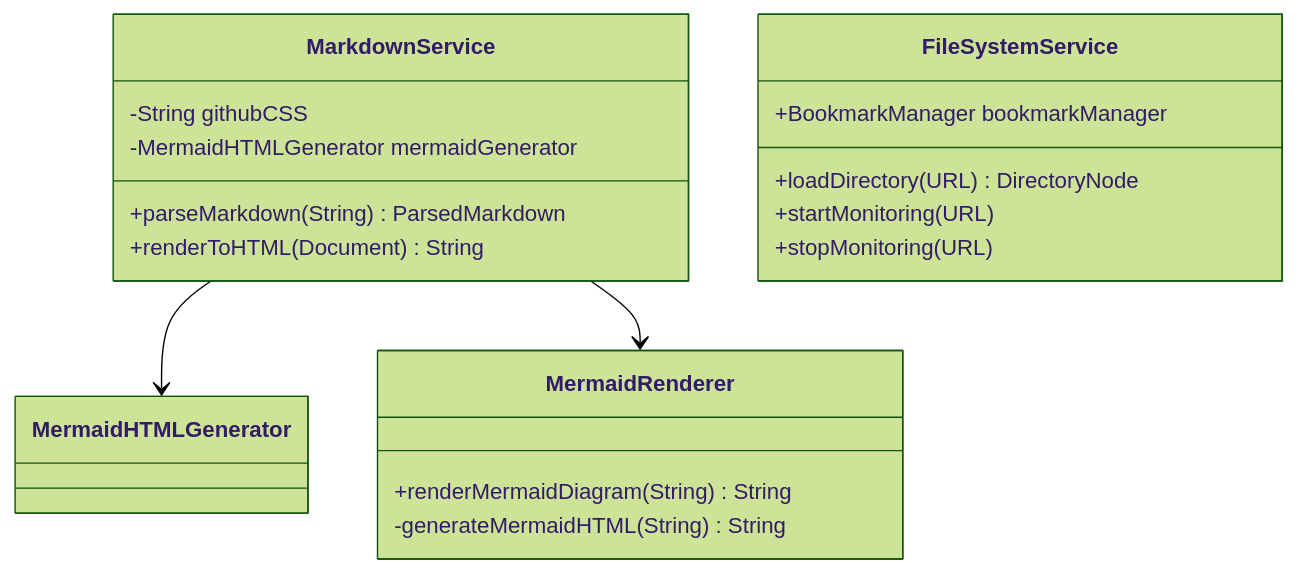
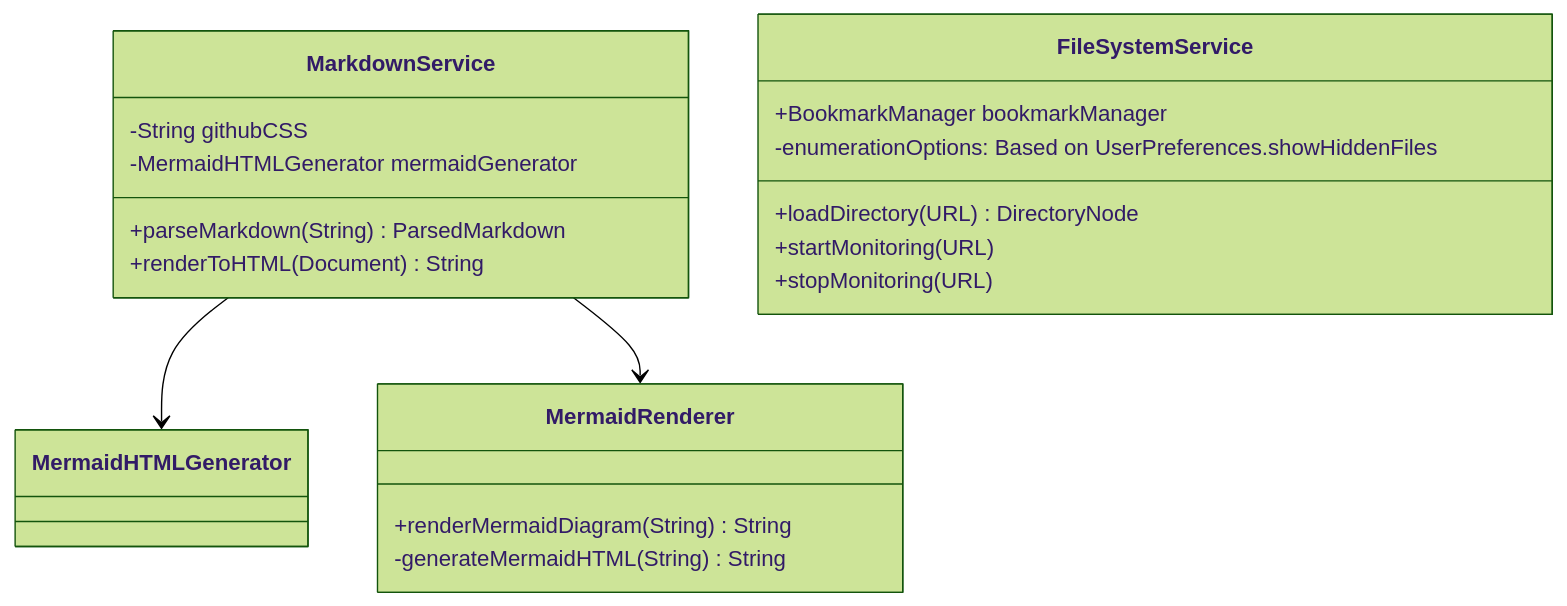
One commit to Consortium-team/mac-markdown-browser changed the fourth of 11 diagrams in docs/development/current-architecture.md. Above: the diagram before and after it, drawn with Mermaid (forest theme). The commit also changed other lines of this file and 19 other files, not shown here.

````diff
--- a/docs/development/current-architecture.md
+++ b/docs/development/current-architecture.md
@@ -161,24 +161,25 @@
 ```mermaid
 classDiagram
     class MarkdownService {
         -String githubCSS
         -MermaidHTMLGenerator mermaidGenerator
         +parseMarkdown(String) ParsedMarkdown
         +renderToHTML(Document) String
     }
     
     class FileSystemService {
         +BookmarkManager bookmarkManager
         +loadDirectory(URL) DirectoryNode
         +startMonitoring(URL)
         +stopMonitoring(URL)
+        -enumerationOptions: Based on UserPreferences.showHiddenFiles
     }
     
     class MermaidRenderer {
         +renderMermaidDiagram(String) String
         -generateMermaidHTML(String) String
     }
     
     MarkdownService --> MermaidHTMLGenerator
     MarkdownService --> MermaidRenderer
 ```
````
